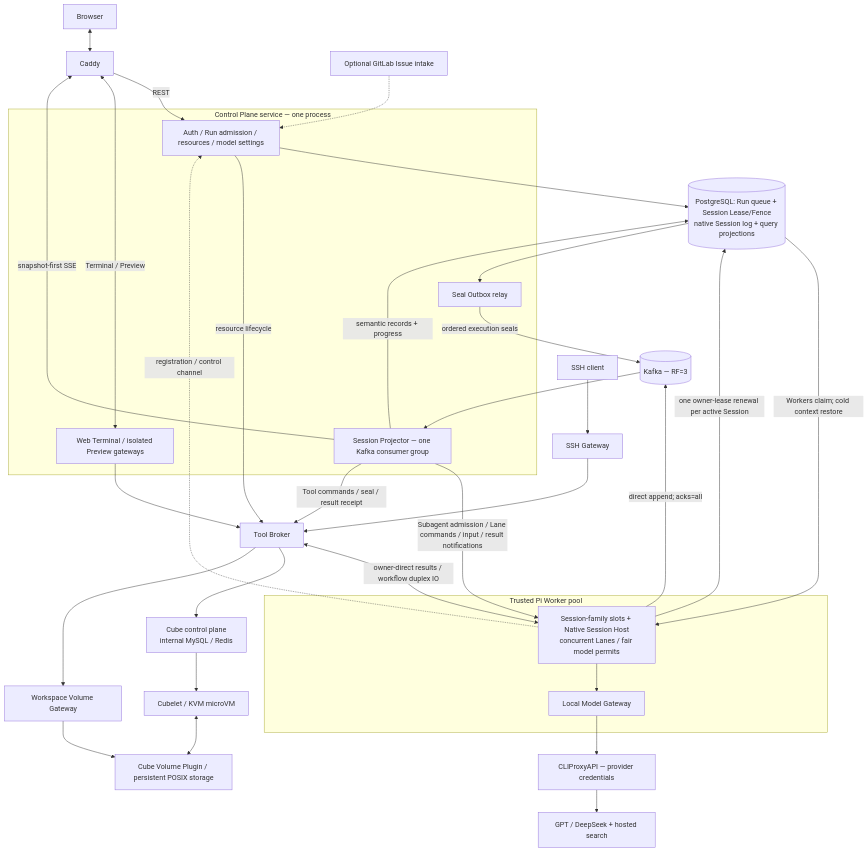
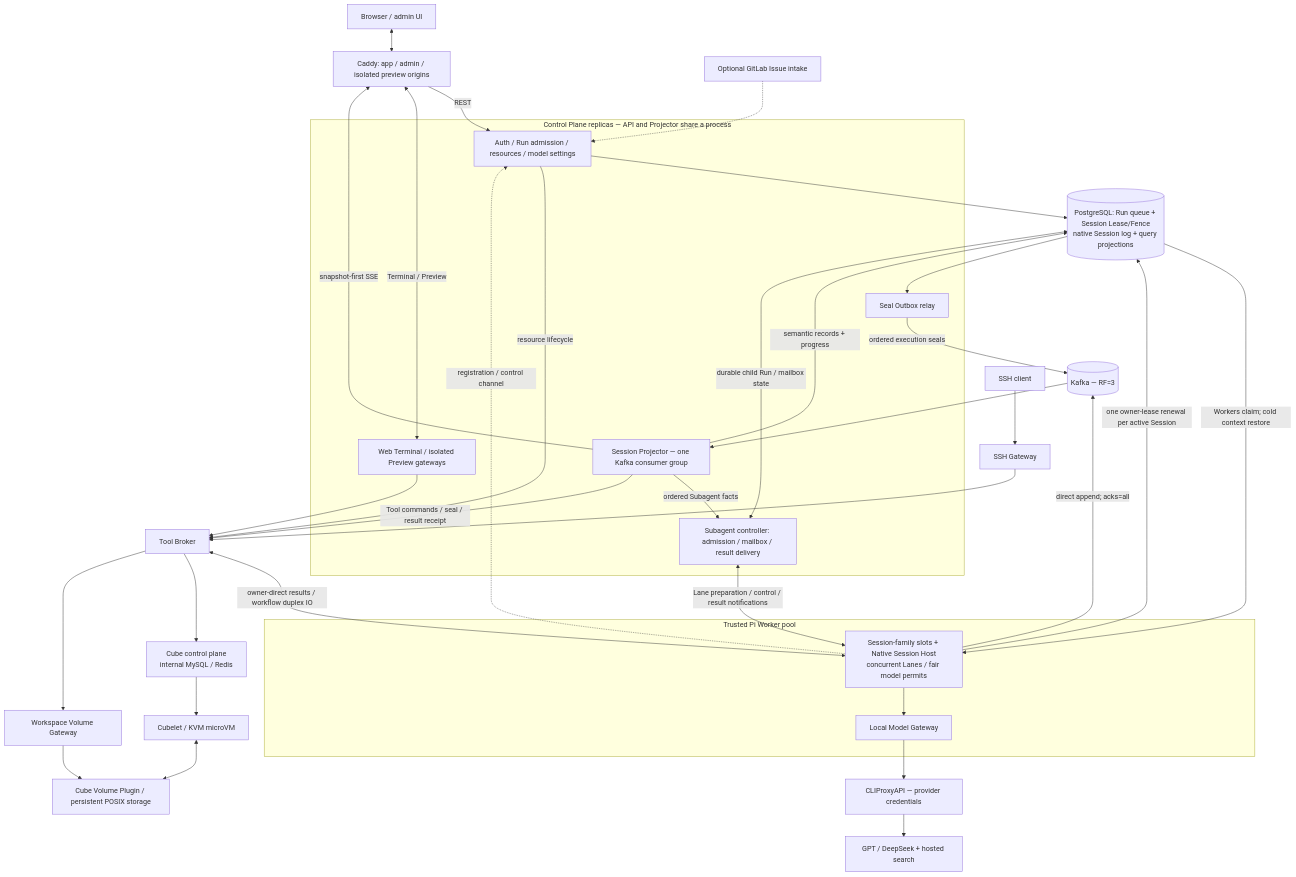
The diagram in README.md (cookerpapa/pi-cloud), drawn with Mermaid before and after one commit. The commit also changed other lines of this file and 51 other files, not shown here.

````diff
--- a/README.md
+++ b/README.md
@@ -31,41 +31,44 @@
 ```mermaid
 flowchart TD
-  B["Browser"] <--> E["Caddy"]
-  subgraph CP["Control Plane service — one process"]
+  B["Browser / admin UI"] <--> E["Caddy: app / admin / isolated preview origins"]
+  subgraph CP["Control Plane replicas — API and Projector share a process"]
     API["Auth / Run admission / resources / model settings"]
     P["Session Projector — one Kafka consumer group"]
+    SC["Subagent controller: admission / mailbox / result delivery"]
     O["Seal Outbox relay"]
     G["Web Terminal / isolated Preview gateways"]
   end
   E -->|"REST"| API
   E <-->|"Terminal / Preview"| G
   P -->|"snapshot-first SSE"| E
   PG[("PostgreSQL: Run queue + Session Lease/Fence<br/>native Session log + query projections")]
   API --> PG
   PG --> O
   subgraph WPOOL["Trusted Pi Worker pool"]
     W["Session-family slots + Native Session Host<br/>concurrent Lanes / fair model permits"]
     M["Local Model Gateway"]
     W --> M
   end
   PG -->|"Workers claim; cold context restore"| W
   W -.->|"registration / control channel"| API
   W -->|"one owner-lease renewal per active Session"| PG
   M --> C["CLIProxyAPI — provider credentials"]
   C --> L["GPT / DeepSeek + hosted search"]
   W -->|"direct append; acks=all"| K[("Kafka — RF=3")]
   O -->|"ordered execution seals"| K
   K --> P
   P -->|"semantic records + progress"| PG
-  P -->|"Subagent admission / Lane commands / input / result notifications"| W
+  P -->|"ordered Subagent facts"| SC
+  SC <-->|"durable child Run / mailbox state"| PG
+  SC <-->|"Lane preparation / control / result notifications"| W
   P -->|"Tool commands / seal / result receipt"| TB["Tool Broker"]
   TB <-->|"owner-direct results / workflow duplex IO"| W
   API -->|"resource lifecycle"| TB
   G --> TB
   S["SSH client"] --> SG["SSH Gateway"] --> TB
   TB --> CC["Cube control plane<br/>internal MySQL / Redis"]
   CC --> VM["Cubelet / KVM microVM"]
   VM <--> V["Cube Volume Plugin / persistent POSIX storage"]
   TB --> VG["Workspace Volume Gateway"] --> V
   GL["Optional GitLab Issue intake"] -.-> API
 ```
````
